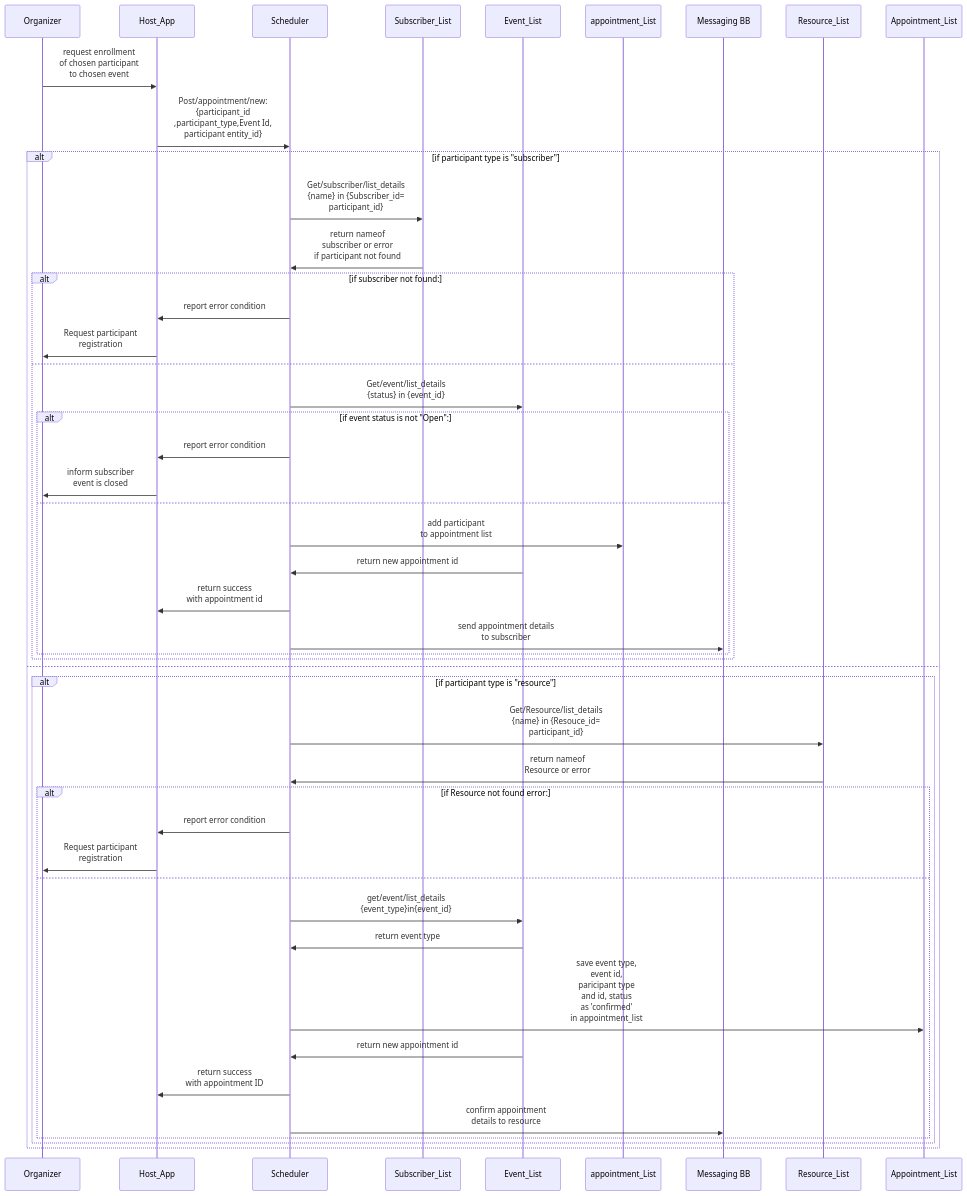
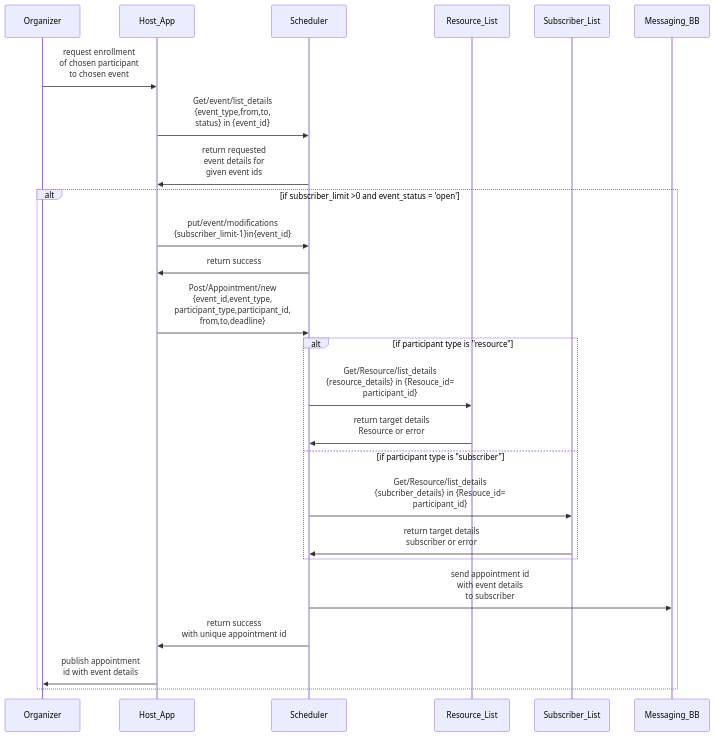
One commit to GovStackWorkingGroup/scheduler changed the fourth of 14 diagrams in spec/9-workflows.md. Above: the diagram before and after it, drawn with Mermaid. The commit also changed other lines of this file and 5 other files, not shown here.

````diff
--- a/spec/9-workflows.md
+++ b/spec/9-workflows.md
@@ -123,42 +109,21 @@
 ```mermaid
 sequenceDiagram
 Organizer->>Host_App:request enrollment<br> of chosen participant<br> to chosen event
-Host_App->>Scheduler:Post/appointment/new:<br>{participant_id<br>,participant_type,Event Id,<br> participant entity_id}
-alt if participant type is "subscriber"
-  Scheduler->>Subscriber_List: Get/subscriber/list_details<br>{name} in {Subscriber_id=<br>participant_id}
-  Subscriber_List->>Scheduler:return nameof<br> subscriber or error<br>if participant not found 
-  alt if subscriber not found:
-     Scheduler->>Host_App:report error condition
-     Host_App->>Organizer: Request participant<br> registration
-  else  
-     Scheduler->>Event_List: Get/event/list_details<br>{status} in {event_id}
-     alt if event status is not "Open":
-        Scheduler->>Host_App:report error condition
-        Host_App->>Organizer: inform subscriber <br> event is closed
-     else
-         
-Scheduler->> appointment_List: add participant <br> to appointment list
-         Event_List->>Scheduler:return new appointment id 
-         Scheduler->>Host_App: return success <br>with appointment id 
-         Scheduler->>Messaging BB: send appointment details<br> to subscriber
-     end
-  end
-else
+Host_App->>Scheduler:Get/event/list_details<br>{event_type,from,to,<br>status} in {event_id}
+Scheduler->>Host_App: return requested <br>event details for<br> given event ids
+alt if subscriber_limit >0 and event_status = 'open'
+  Host_App->> Scheduler: put/event/modifications<br>{subscriber_limit-1}in{event_id}      
+  Scheduler->>Host_App: return success
+  Host_App->>Scheduler:Post/Appointment/new<br>{event_id,event_type,<br>participant_type,participant_id,<br>from,to,deadline}
   alt if participant type is "resource"
-    Scheduler->>Resource_List: Get/Resource/list_details<br>{name} in {Resouce_id=<br>participant_id}
-    Resource_List->>Scheduler:return nameof<br> Resource or error
-    alt if Resource not found error:
-      Scheduler->>Host_App:report error condition
-      Host_App->>Organizer: Request participant<br> registration
-    else  
-      Scheduler->> Event_List: get/event/list_details<br>{event_type}in{event_id}
-      Event_List->>Scheduler:return event type
-      Scheduler->> Appointment_List:save event type,<br> event id, <br>paricipant type <br> and id, status<br> as 'confirmed'<br> in appointment_list
-      Event_List->>Scheduler:return new appointment id 
-      Scheduler->>Host_App: return success <br>with appointment ID
-      Scheduler->>Messaging BB: confirm appointment<br> details to resource
-
-    end    
-  end
+    Scheduler->>Resource_List: Get/Resource/list_details<br>{resource_details} in {Resouce_id=<br>participant_id}
+    Resource_List->>Scheduler:return target details <br> Resource or error
+    else if participant type is "subscriber"
+    Scheduler->>Subscriber_List: Get/Resource/list_details<br>{subcriber_details} in {Resouce_id=<br>participant_id}
+    Subscriber_List->>Scheduler:return target details <br> subscriber or error
+  end 
+  Scheduler->>Messaging_BB: send appointment id<br> with event details<br> to subscriber
+  Scheduler->>Host_App: return success <br>with unique appointment id 
+  Host_App->> Organizer: publish appointment<br> id with event details
 end      
 ```
````
